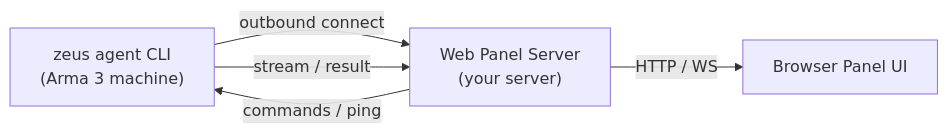
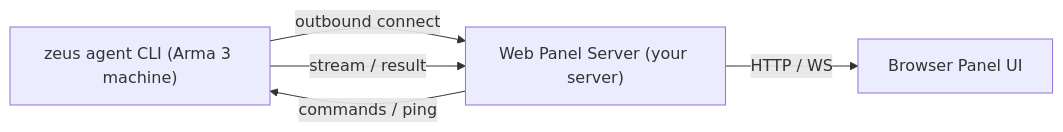
The first of 6 diagrams in docs/agent-protocol.md (smitt14ua/zeus), drawn with Mermaid before and after one commit. The commit also changed other lines of this file, not shown here.

First line of the commit message:
docs: fix invalid chars in Mermaid diagrams

````diff
--- a/docs/agent-protocol.md
+++ b/docs/agent-protocol.md
@@ -35,11 +35,11 @@
 ```mermaid
 flowchart LR
-    A["zeus agent CLI\n(Arma 3 machine)"]
-    B["Web Panel Server\n(your server)"]
+    A["zeus agent CLI (Arma 3 machine)"]
+    B["Web Panel Server (your server)"]
     C["Browser Panel UI"]
 
     A -- "outbound connect" --> B
     B -- "commands / ping" --> A
     A -- "stream / result" --> B
     B -- "HTTP / WS" --> C
 ```
````
